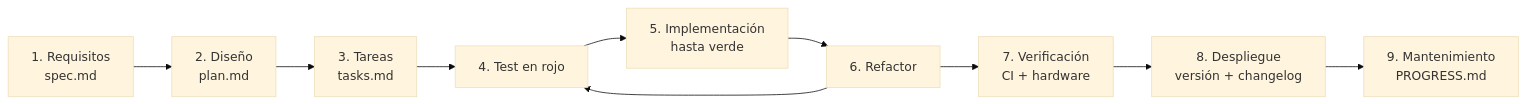
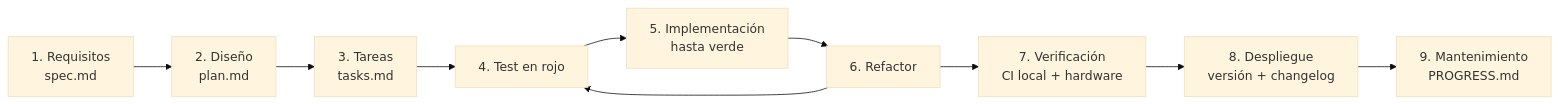
One commit to eruizpy/heimdall changed the diagram in docs/specs/README.md. Above: the diagram before and after it, drawn with Mermaid (base theme). The commit also changed other lines of this file and 9 other files, not shown here.

````diff
--- a/docs/specs/README.md
+++ b/docs/specs/README.md
@@ -5,12 +5,12 @@
 ```mermaid
 flowchart LR
     R["1. Requisitos<br/>spec.md"] --> D["2. Diseño<br/>plan.md"]
     D --> T["3. Tareas<br/>tasks.md"]
     T --> RED["4. Test en rojo"]
     RED --> GREEN["5. Implementación<br/>hasta verde"]
     GREEN --> REF["6. Refactor"]
     REF --> RED
-    REF --> V["7. Verificación<br/>CI + hardware"]
+    REF --> V["7. Verificación<br/>CI local + hardware"]
     V --> DEP["8. Despliegue<br/>versión + changelog"]
     DEP --> M["9. Mantenimiento<br/>PROGRESS.md"]
 ```
````
